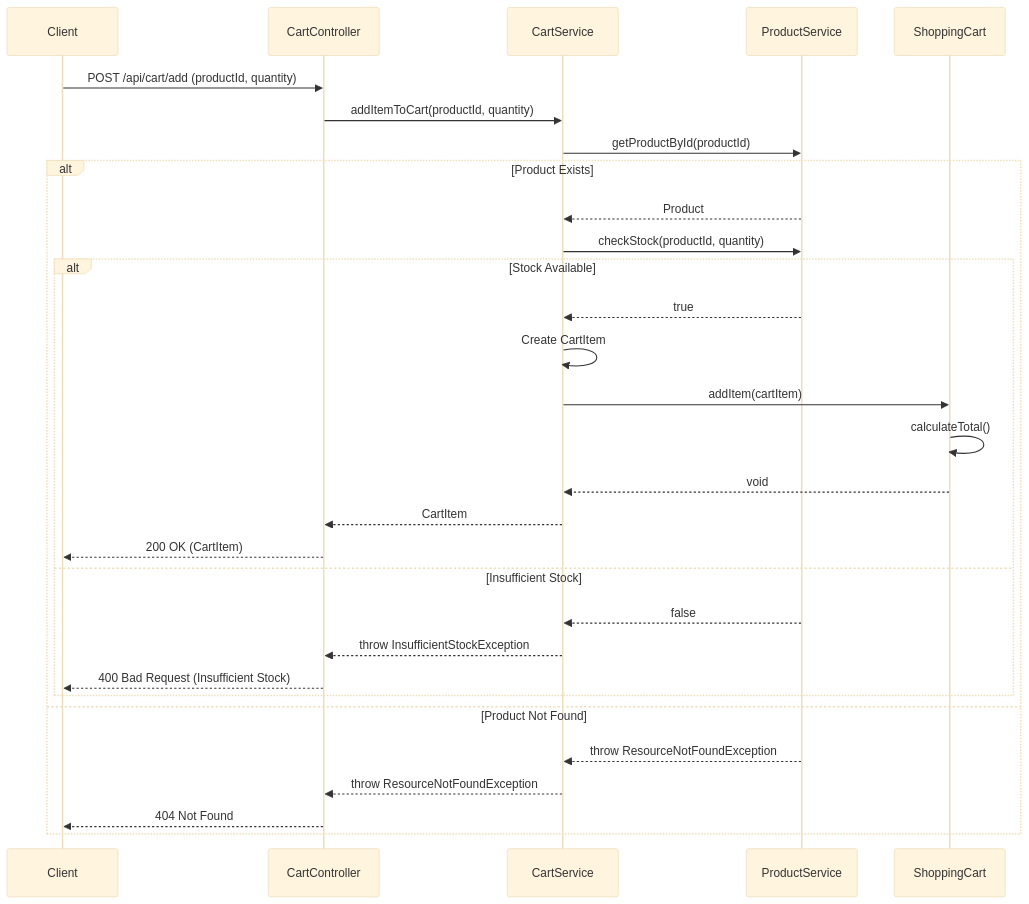
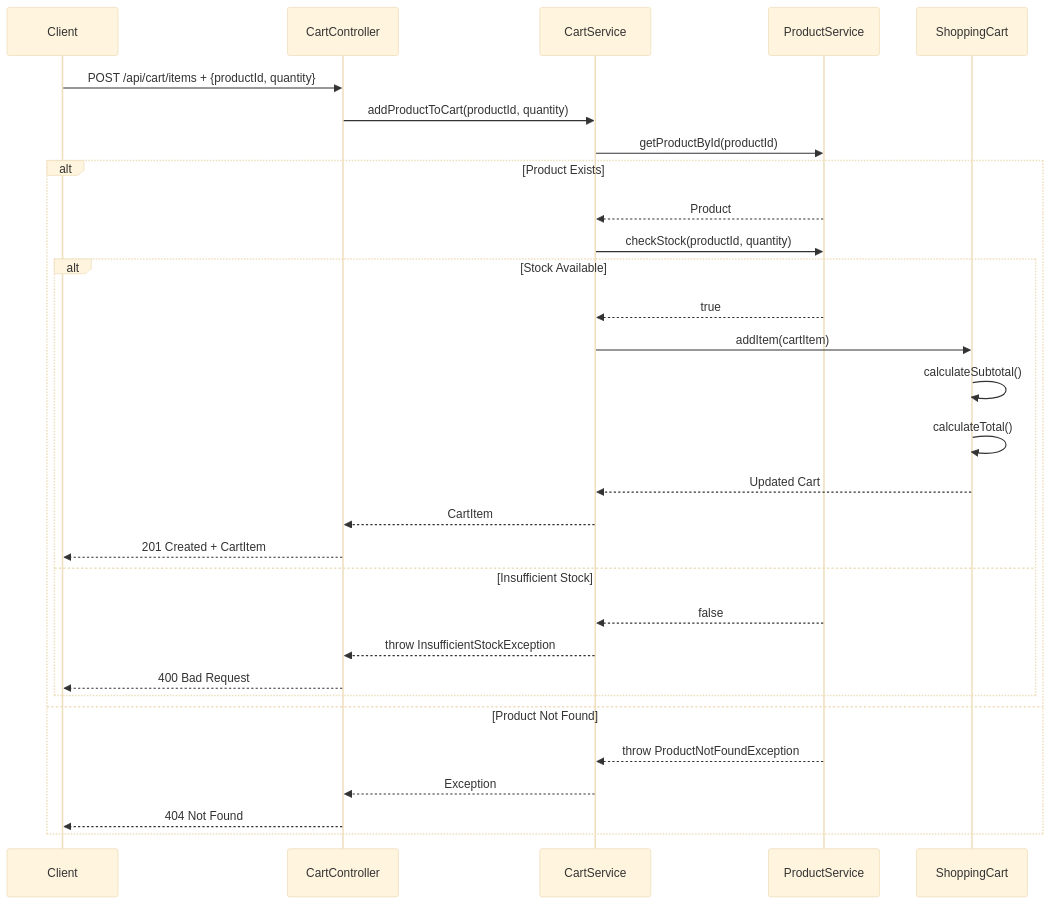
One commit to NavneetBN47/aava-ecom-demo changed the tenth of 13 diagrams in docs/LLD/lld.md. Above: the diagram before and after it, drawn with Mermaid (base theme). The commit also changed other lines of this file, not shown here.

````diff
--- a/docs/LLD/lld.md
+++ b/docs/LLD/lld.md
@@ -391,35 +444,35 @@
 ```mermaid
 sequenceDiagram
     participant Client
     participant CartController
     participant CartService
     participant ProductService
     participant ShoppingCart
 
-    Client->>CartController: POST /api/cart/add (productId, quantity)
-    CartController->>CartService: addItemToCart(productId, quantity)
+    Client->>CartController: POST /api/cart/items + {productId, quantity}
+    CartController->>CartService: addProductToCart(productId, quantity)
     CartService->>ProductService: getProductById(productId)
     
     alt Product Exists
         ProductService-->>CartService: Product
         CartService->>ProductService: checkStock(productId, quantity)
         
         alt Stock Available
             ProductService-->>CartService: true
-            CartService->>CartService: Create CartItem
             CartService->>ShoppingCart: addItem(cartItem)
+            ShoppingCart->>ShoppingCart: calculateSubtotal()
             ShoppingCart->>ShoppingCart: calculateTotal()
-            ShoppingCart-->>CartService: void
+            ShoppingCart-->>CartService: Updated Cart
             CartService-->>CartController: CartItem
-            CartController-->>Client: 200 OK (CartItem)
+            CartController-->>Client: 201 Created + CartItem
         else Insufficient Stock
             ProductService-->>CartService: false
             CartService-->>CartController: throw InsufficientStockException
-            CartController-->>Client: 400 Bad Request (Insufficient Stock)
+            CartController-->>Client: 400 Bad Request
         end
     else Product Not Found
-        ProductService-->>CartService: throw ResourceNotFoundException
-        CartService-->>CartController: throw ResourceNotFoundException
+        ProductService-->>CartService: throw ProductNotFoundException
+        CartService-->>CartController: Exception
         CartController-->>Client: 404 Not Found
     end
 ```
````
